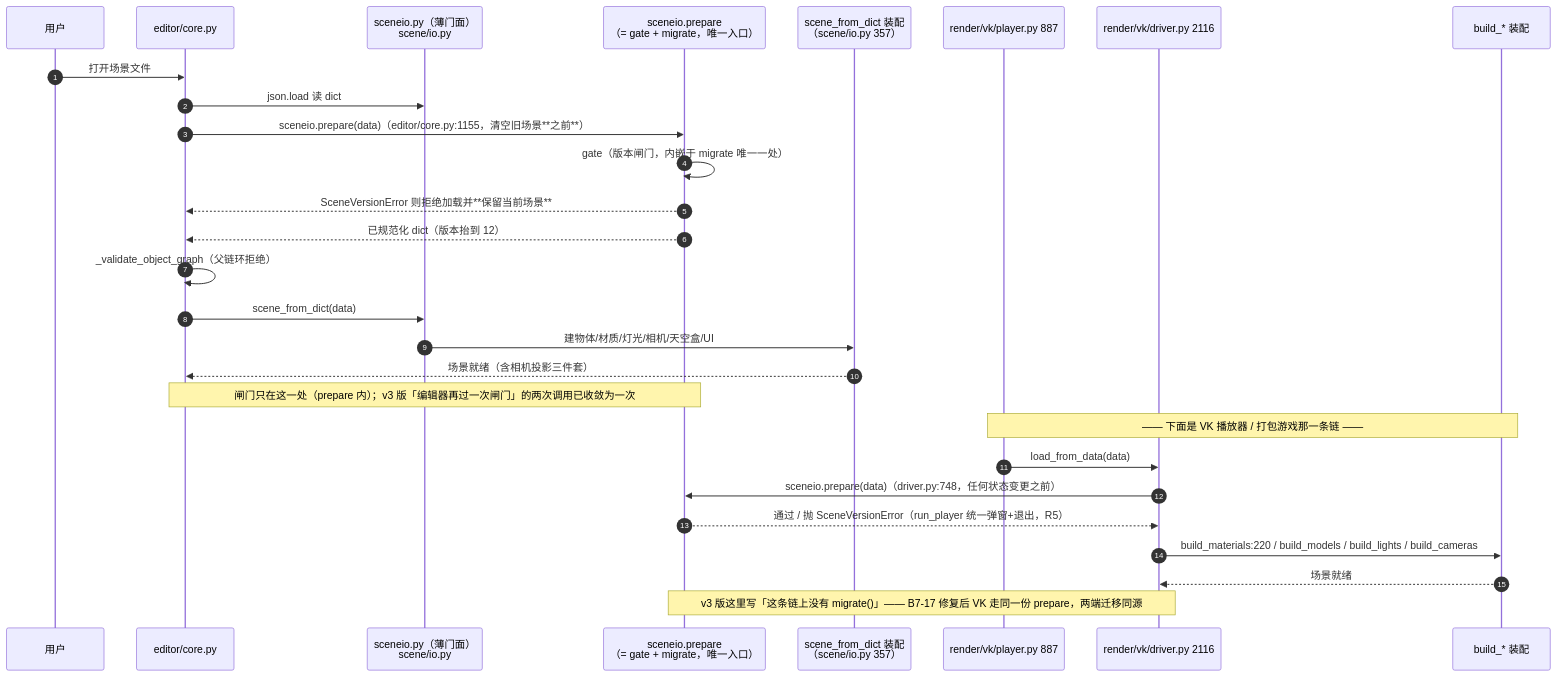
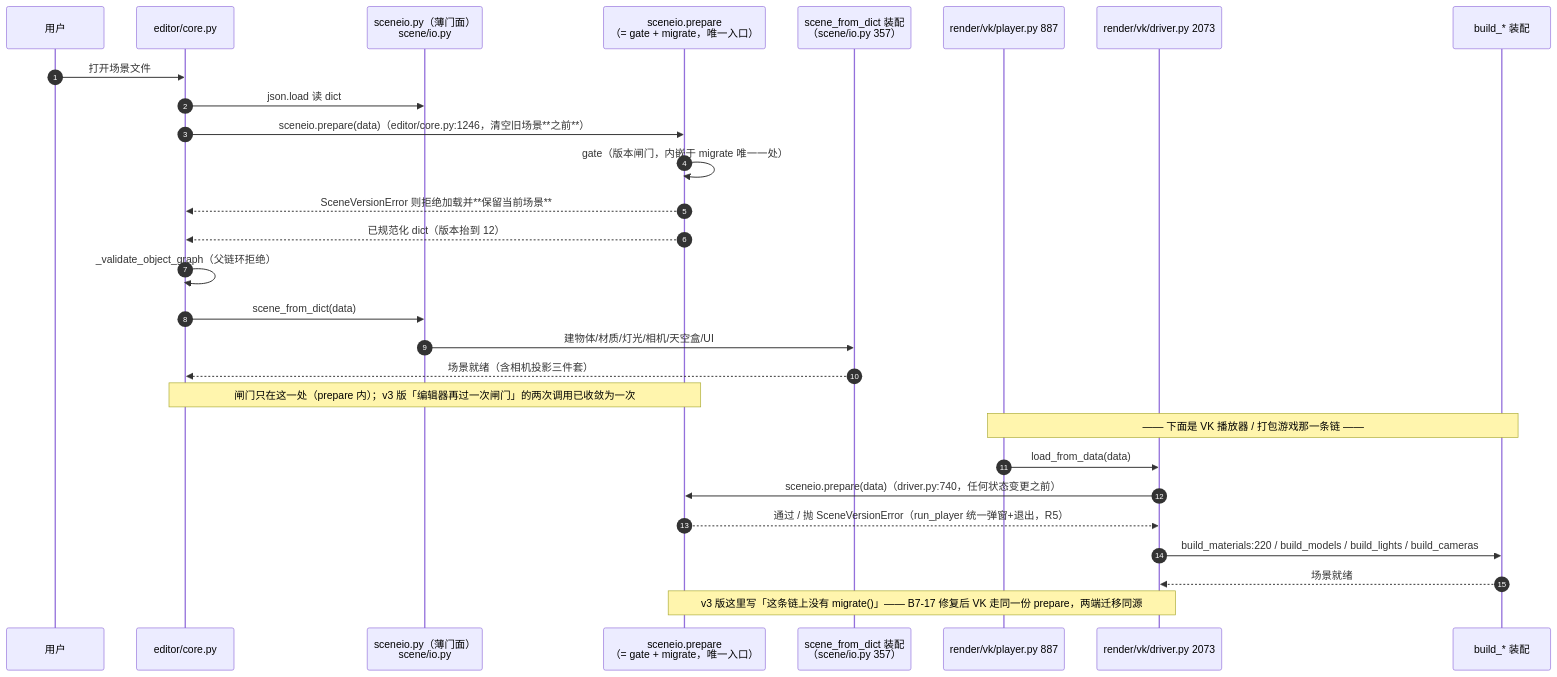
Before and after one commit to lhy302/WeaveEngine: diagram 13 of 23 in ARCHITECTURE.md, drawn with Mermaid. The commit also changed other lines of this file, not shown here.

Commit message:
B7-56/B7-57 架构图同步: GUI 全量命令化(7dc6c5b/757071e)+相机挂相机(edf1336) 后按实测刷新 图1/2/2a/2b/4/7/8/11/13/15/16/19 + 横幅 e397c11

````diff
--- a/ARCHITECTURE.md
+++ b/ARCHITECTURE.md
@@ -572,30 +581,30 @@
 ```mermaid
 sequenceDiagram
   autonumber
   participant U as 用户
   participant ED as editor/core.py
   participant SIO as sceneio.py（薄门面）<br/>scene/io.py
   participant PREP as sceneio.prepare<br/>（= gate + migrate，唯一入口）
   participant AP as scene_from_dict 装配<br/>（scene/io.py 357）
   participant VP as render/vk/player.py 887
-  participant SD as render/vk/driver.py 2116
+  participant SD as render/vk/driver.py 2073
   participant BM as build_* 装配
   U->>ED: 打开场景文件
   ED->>SIO: json.load 读 dict
-  ED->>PREP: sceneio.prepare(data)（editor/core.py:1155，清空旧场景**之前**）
+  ED->>PREP: sceneio.prepare(data)（editor/core.py:1246，清空旧场景**之前**）
   PREP->>PREP: gate（版本闸门，内嵌于 migrate 唯一一处）
   PREP-->>ED: SceneVersionError 则拒绝加载并**保留当前场景**
   PREP-->>ED: 已规范化 dict（版本抬到 12）
   ED->>ED: _validate_object_graph（父链环拒绝）
   ED->>SIO: scene_from_dict(data)
   SIO->>AP: 建物体/材质/灯光/相机/天空盒/UI
   AP-->>ED: 场景就绪（含相机投影三件套）
   Note over ED,PREP: 闸门只在这一处（prepare 内）；v3 版「编辑器再过一次闸门」的两次调用已收敛为一次
   Note over VP,BM: —— 下面是 VK 播放器 / 打包游戏那一条链 ——
   VP->>SD: load_from_data(data)
-  SD->>PREP: sceneio.prepare(data)（driver.py:748，任何状态变更之前）
+  SD->>PREP: sceneio.prepare(data)（driver.py:740，任何状态变更之前）
   PREP-->>SD: 通过 / 抛 SceneVersionError（run_player 统一弹窗+退出，R5）
   SD->>BM: build_materials:220 / build_models / build_lights / build_cameras
   BM-->>SD: 场景就绪
   Note over SD,PREP: v3 版这里写「这条链上没有 migrate()」—— B7-17 修复后 VK 走同一份 prepare，两端迁移同源
 ```
````
